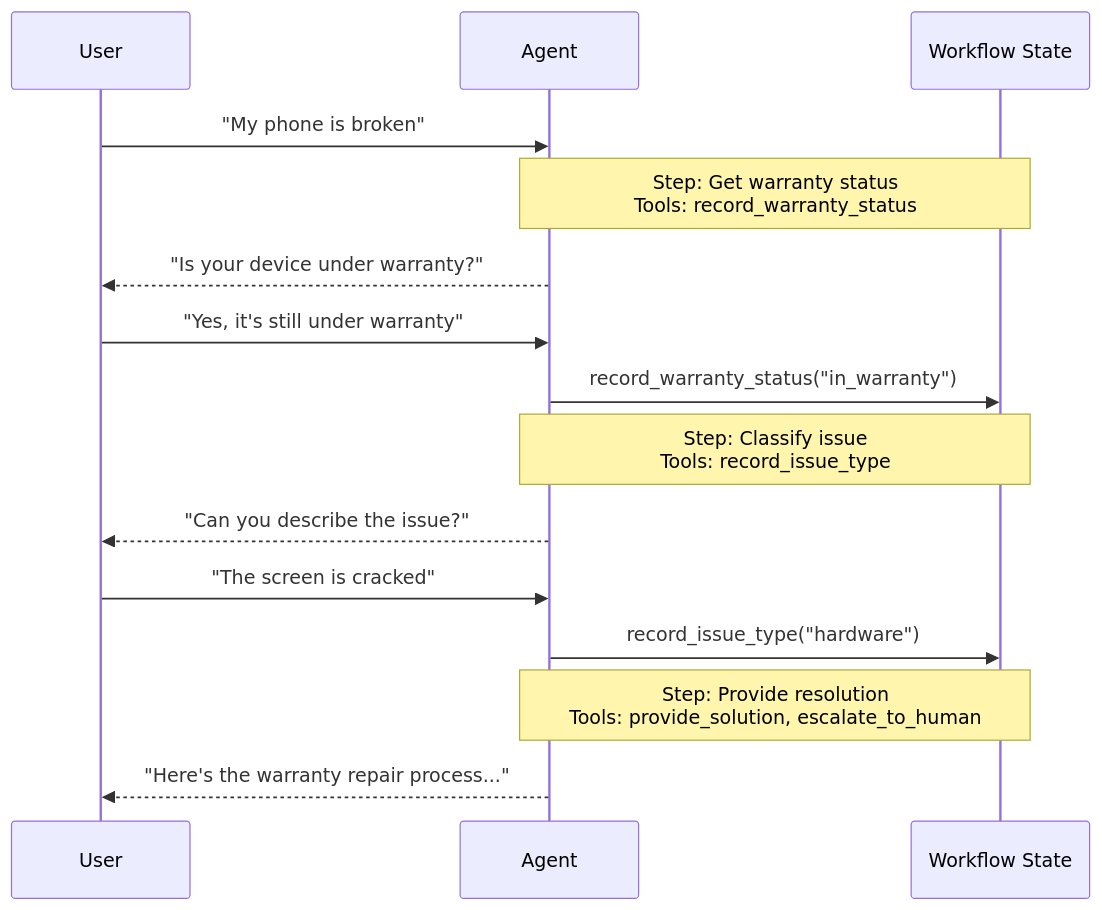
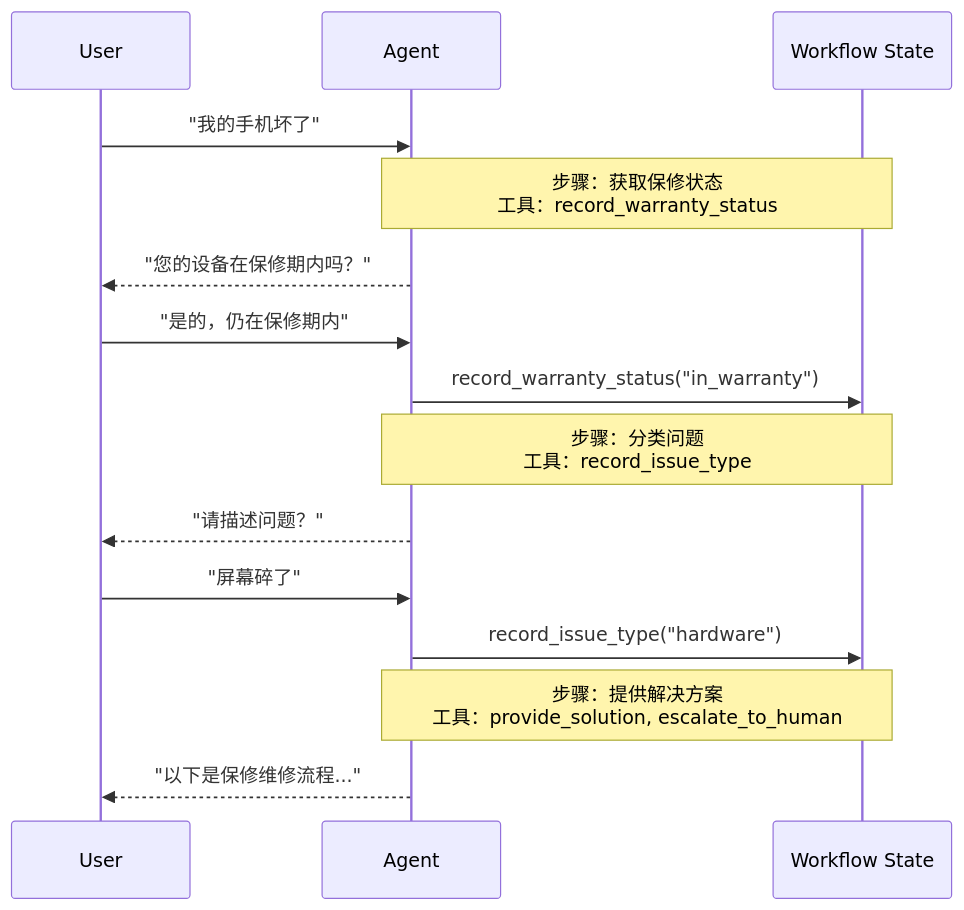
One commit to kunfan96/cndocs-langchain changed the diagram in oss/python/langchain/multi-agent/handoffs.mdx. Above: the diagram before and after it, drawn with Mermaid. The commit also changed other lines of this file and 1030 other files, not shown here.

````diff
--- a/oss/python/langchain/multi-agent/handoffs.mdx
+++ b/oss/python/langchain/multi-agent/handoffs.mdx
@@ -11,20 +11,20 @@
 ```mermaid
 sequenceDiagram
     participant User
     participant Agent
     participant Workflow State
 
-    User->>Agent: "My phone is broken"
-    Note over Agent,Workflow State: Step: Get warranty status<br/>Tools: record_warranty_status
-    Agent-->>User: "Is your device under warranty?"
+    User->>Agent: "我的手机坏了"
+    Note over Agent,Workflow State: 步骤：获取保修状态<br/>工具：record_warranty_status
+    Agent-->>User: "您的设备在保修期内吗？"
 
-    User->>Agent: "Yes, it's still under warranty"
+    User->>Agent: "是的，仍在保修期内"
     Agent->>Workflow State: record_warranty_status("in_warranty")
-    Note over Agent,Workflow State: Step: Classify issue<br/>Tools: record_issue_type
-    Agent-->>User: "Can you describe the issue?"
+    Note over Agent,Workflow State: 步骤：分类问题<br/>工具：record_issue_type
+    Agent-->>User: "请描述问题？"
 
-    User->>Agent: "The screen is cracked"
+    User->>Agent: "屏幕碎了"
     Agent->>Workflow State: record_issue_type("hardware")
-    Note over Agent,Workflow State: Step: Provide resolution<br/>Tools: provide_solution, escalate_to_human
-    Agent-->>User: "Here's the warranty repair process..."
+    Note over Agent,Workflow State: 步骤：提供解决方案<br/>工具：provide_solution, escalate_to_human
+    Agent-->>User: "以下是保修维修流程..."
 ```
````
